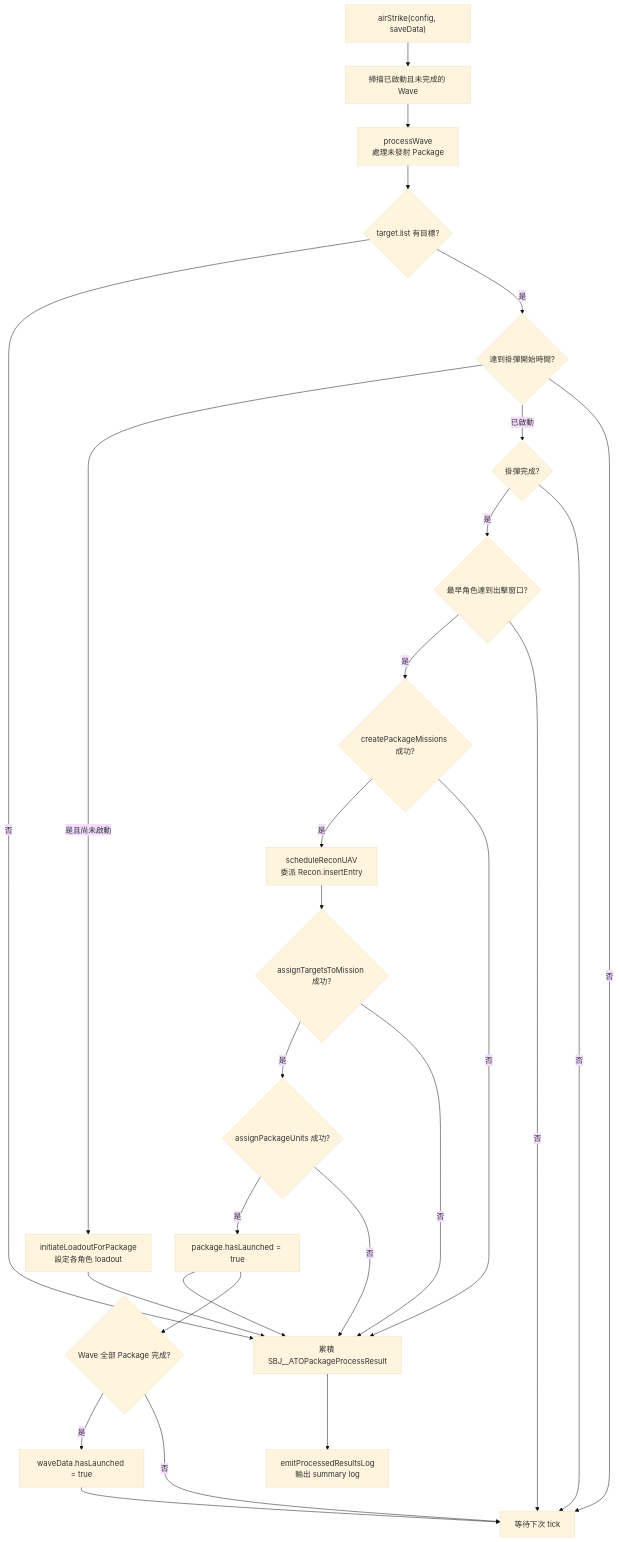
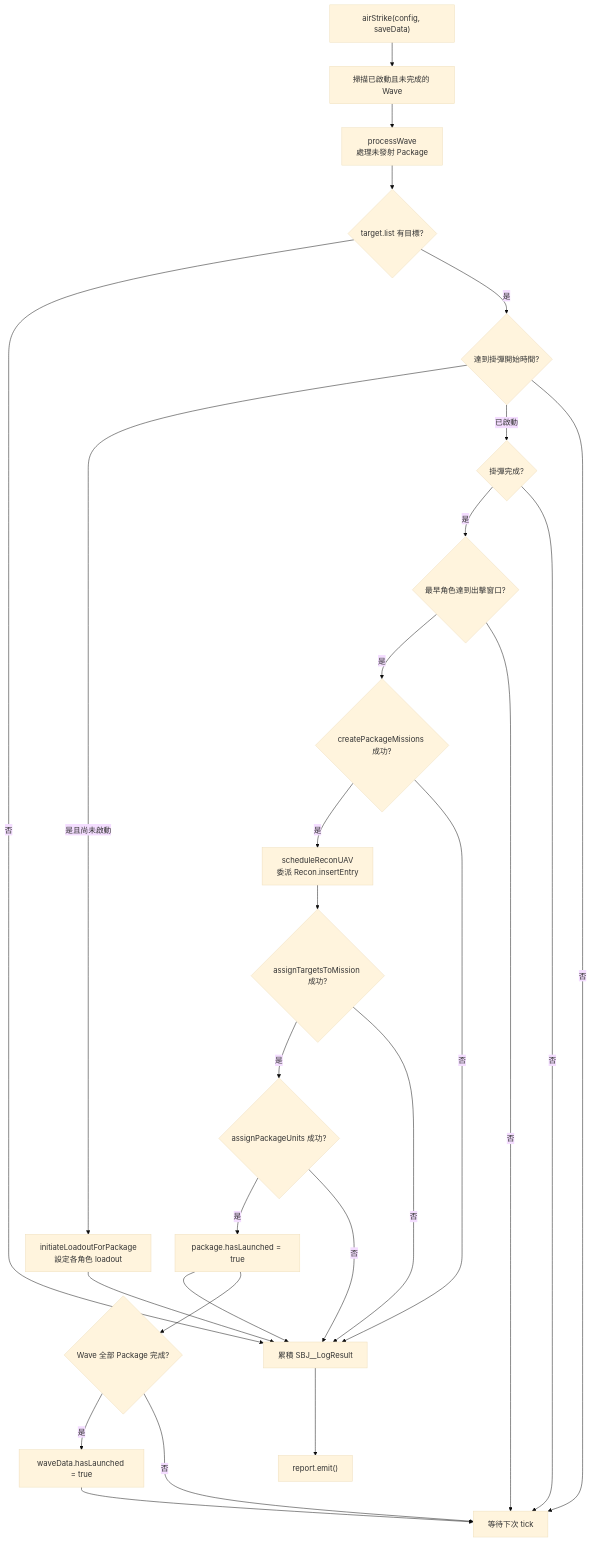
The diagram in docs/strikePlanner/airTaskingOrder.md (pullupjumper/formosa-in-flames), drawn with Mermaid (base theme) before and after one commit. The commit also changed other lines of this file and 58 other files, not shown here.

````diff
--- a/docs/strikePlanner/airTaskingOrder.md
+++ b/docs/strikePlanner/airTaskingOrder.md
@@ -46,43 +43,43 @@
 ```mermaid
 flowchart TD
     START["airStrike(config, saveData)"]
     WAVE["掃描已啟動且未完成的 Wave"]
     PKG["processWave<br>處理未發射 Package"]
     TARGET_EXISTS{"target.list 有目標?"}
     LOADOUT_TIME{"達到掛彈開始時間?"}
     INIT_LOADOUT["initiateLoadoutForPackage<br>設定各角色 loadout"]
     LOADOUT_READY{"掛彈完成?"}
     TAKEOFF_TIME{"最早角色達到出擊窗口?"}
     MISSIONS{"createPackageMissions 成功?"}
     RECON["scheduleReconUAV<br>委派 Recon.insertEntry"]
     TARGETS{"assignTargetsToMission 成功?"}
     UNITS{"assignPackageUnits 成功?"}
     LAUNCHED["package.hasLaunched = true"]
     DONE{"Wave 全部 Package 完成?"}
     WAVE_DONE["waveData.hasLaunched = true"]
-    RESULT["累積 SBJ__ATOPackageProcessResult"]
-    LOG["emitProcessedResultsLog<br>輸出 summary log"]
+    RESULT["累積 SBJ__LogResult"]
+    LOG["report.emit()"]
     WAIT["等待下次 tick"]
 
     START --> WAVE --> PKG --> TARGET_EXISTS
     TARGET_EXISTS -->|否| RESULT
     TARGET_EXISTS -->|是| LOADOUT_TIME
     LOADOUT_TIME -->|是且尚未啟動| INIT_LOADOUT --> RESULT
     LOADOUT_TIME -->|已啟動| LOADOUT_READY
     LOADOUT_READY -->|是| TAKEOFF_TIME
     TAKEOFF_TIME -->|是| MISSIONS
     MISSIONS -->|是| RECON --> TARGETS
     TARGETS -->|是| UNITS
     UNITS -->|是| LAUNCHED --> RESULT
     LAUNCHED --> DONE
     DONE -->|是| WAVE_DONE
     LOADOUT_TIME -->|否| WAIT
     LOADOUT_READY -->|否| WAIT
     TAKEOFF_TIME -->|否| WAIT
     MISSIONS -->|否| RESULT
     TARGETS -->|否| RESULT
     UNITS -->|否| RESULT
     DONE -->|否| WAIT
     RESULT --> LOG
     WAVE_DONE --> WAIT
 ```
````
